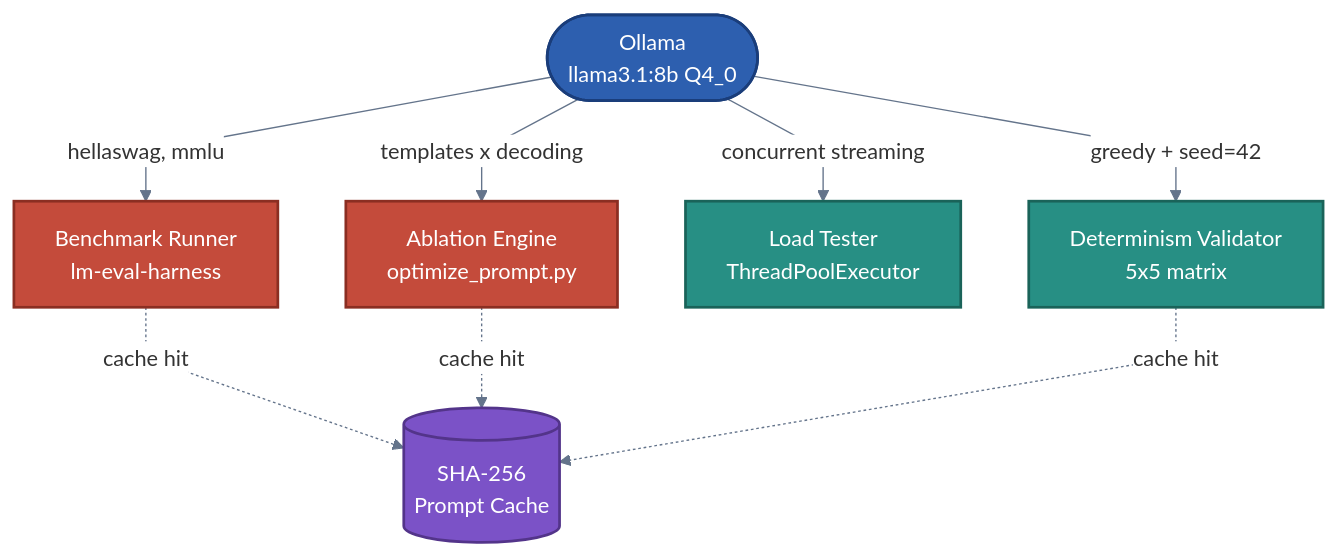
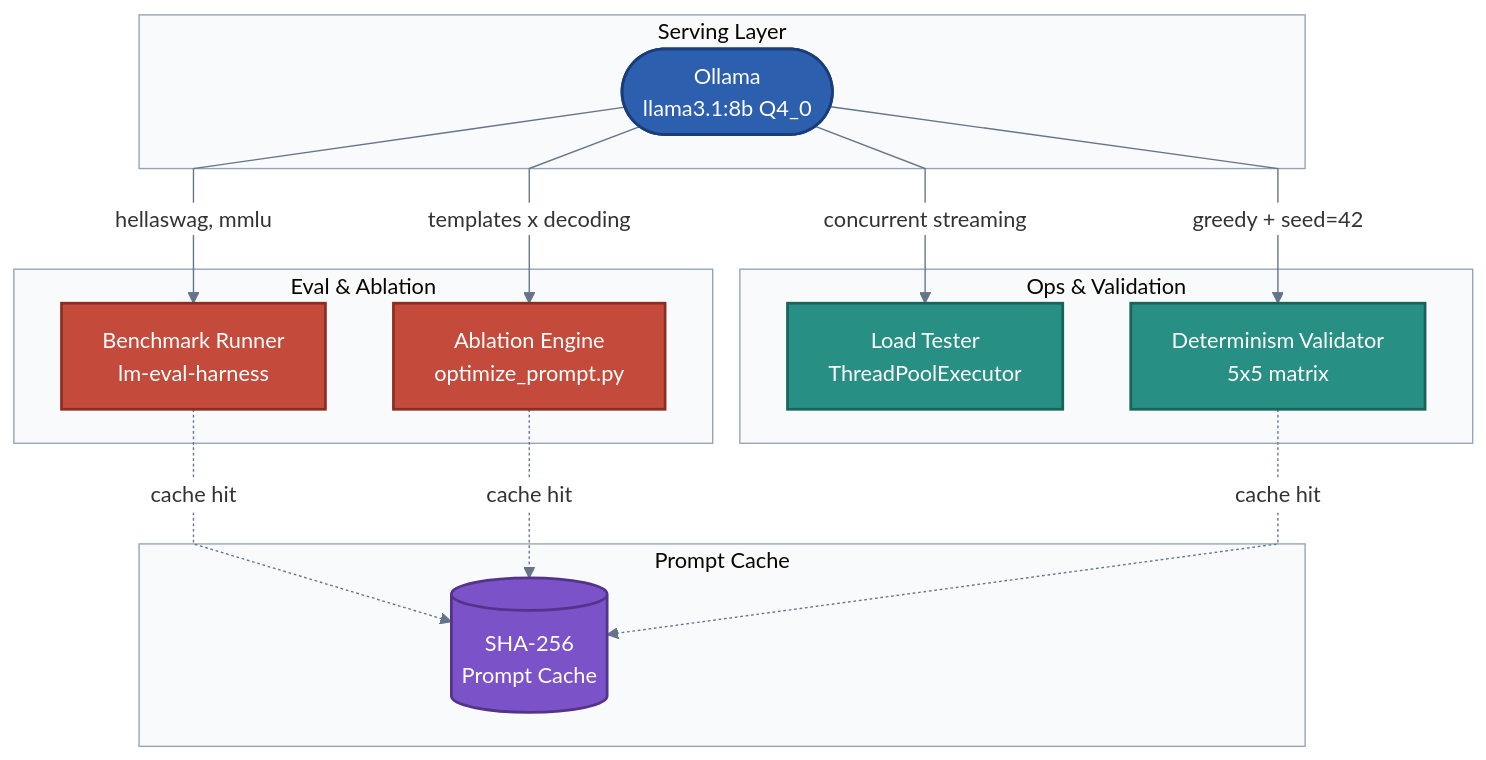
The first of 4 diagrams in README.md (jameswniu/self-hosted-llm-evals-lab), drawn with Mermaid before and after one commit. The commit also changed other lines of this file, not shown here.

Commit message:
polish README rigor and Mermaid diagram consistency

````diff
--- a/README.md
+++ b/README.md
@@ -53,24 +53,35 @@
 ```mermaid
-%%{init: {'theme':'base', 'themeVariables': {'lineColor': '#64748b', 'edgeLabelBackground': '#ffffff', 'clusterBkg': '#ffffff'}, 'flowchart': {'curve': 'linear'}}}%%
+%%{init: {'theme':'base', 'themeVariables': {'lineColor': '#64748b', 'edgeLabelBackground': '#ffffff', 'clusterBkg': '#f8fafc', 'clusterBorder': '#94a3b8'}, 'flowchart': {'curve': 'linear'}}}%%
 flowchart TD
     classDef serving fill:#2D5FAF,stroke:#1A3D7A,color:#ffffff,stroke-width:2px
     classDef eval fill:#C44B3B,stroke:#8B2E22,color:#ffffff,stroke-width:2px
     classDef ops fill:#278F84,stroke:#1A6359,color:#ffffff,stroke-width:2px
     classDef cache fill:#7B52C7,stroke:#53348A,color:#ffffff,stroke-width:2px
 
-    OL(["Ollama<br/>llama3.1:8b Q4_0"]):::serving
-    BR["Benchmark Runner<br/>lm-eval-harness"]:::eval
-    AB["Ablation Engine<br/>optimize_prompt.py"]:::eval
-    LT["Load Tester<br/>ThreadPoolExecutor"]:::ops
-    DV["Determinism Validator<br/>5x5 matrix"]:::ops
-    PC[("SHA-256<br/>Prompt Cache")]:::cache
+    subgraph Serving["Serving Layer"]
+        OL(["Ollama<br/>llama3.1:8b Q4_0"]):::serving
+    end
+
+    subgraph EvalAblation["Eval & Ablation"]
+        BR["Benchmark Runner<br/>lm-eval-harness"]:::eval
+        AB["Ablation Engine<br/>optimize_prompt.py"]:::eval
+    end
+
+    subgraph OpsValidation["Ops & Validation"]
+        LT["Load Tester<br/>ThreadPoolExecutor"]:::ops
+        DV["Determinism Validator<br/>5x5 matrix"]:::ops
+    end
+
+    subgraph PromptCache["Prompt Cache"]
+        PC[("SHA-256<br/>Prompt Cache")]:::cache
+    end
 
     OL -->|"hellaswag, mmlu"| BR
     OL -->|"templates x decoding"| AB
     OL -->|"concurrent streaming"| LT
     OL -->|"greedy + seed=42"| DV
 
     BR -.->|"cache hit"| PC
     AB -.->|"cache hit"| PC
     DV -.->|"cache hit"| PC
 ```
````
